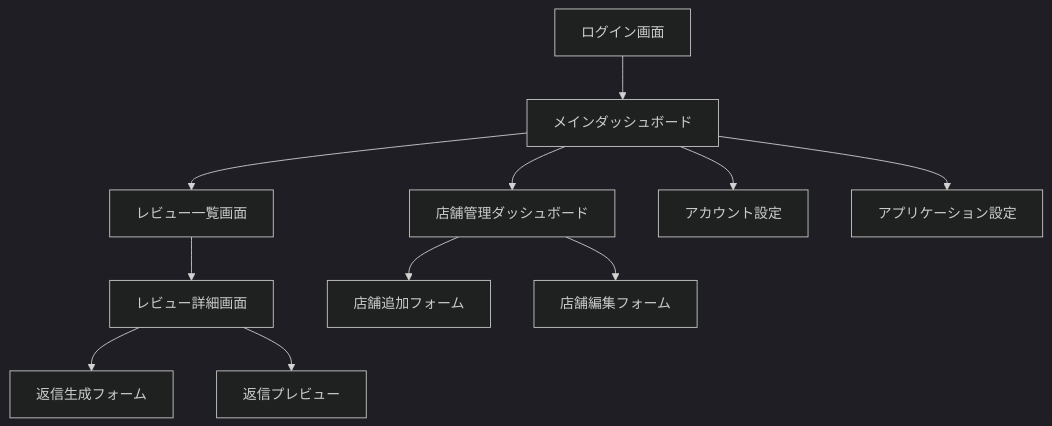
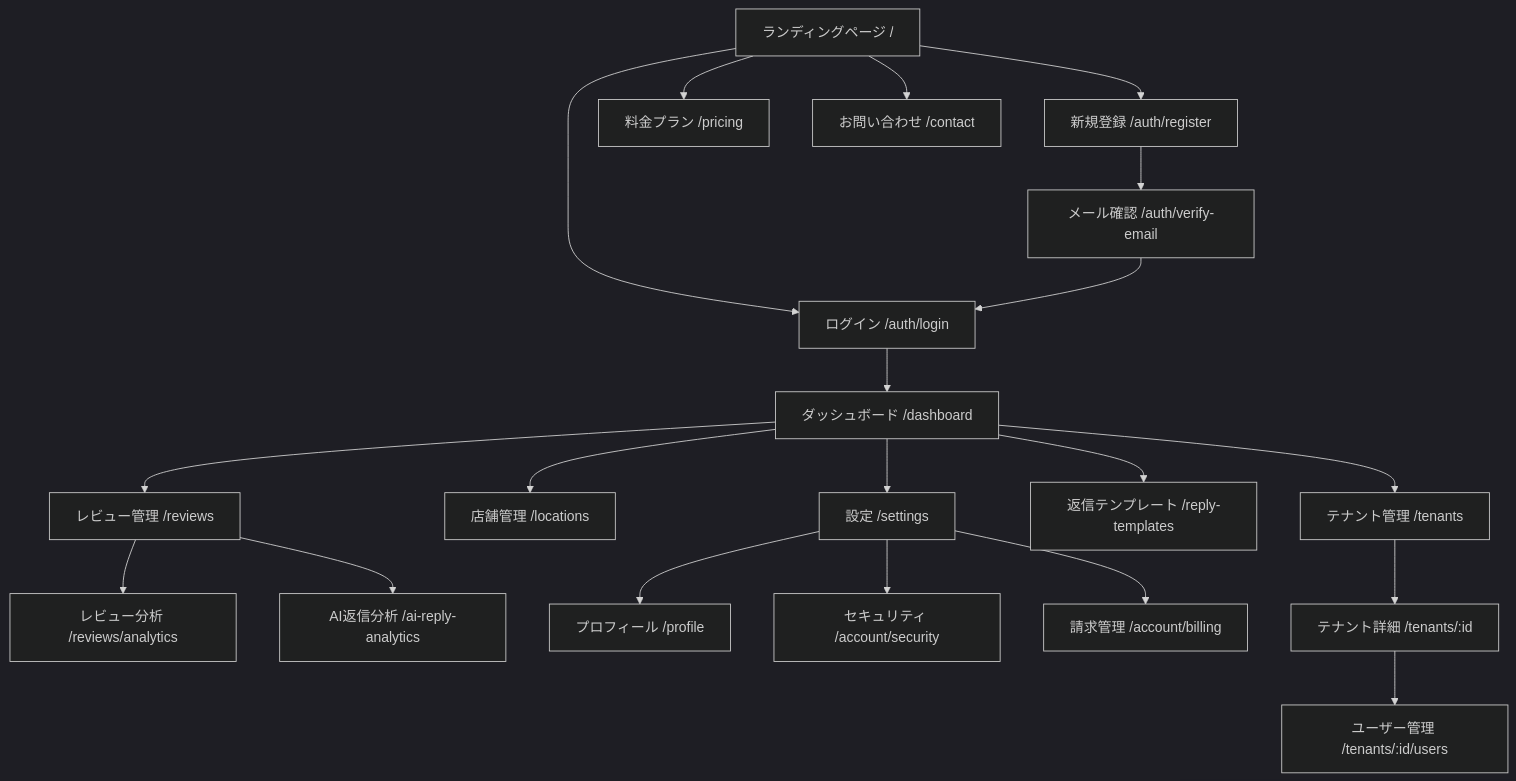
Before and after one commit to yu010101/AI_Reply: the diagram in docs/screens.md, drawn with Mermaid (dark theme). The commit also changed other lines of this file and 1832 other files, not shown here.

````diff
--- a/docs/screens.md
+++ b/docs/screens.md
@@ -63,13 +206,27 @@
 ```mermaid
 graph TD
-    A[ログイン画面] --> B[メインダッシュボード]
-    B --> C[店舗管理ダッシュボード]
-    B --> D[レビュー一覧画面]
-    D --> E[レビュー詳細画面]
-    B --> F[アカウント設定]
-    B --> G[アプリケーション設定]
-    C --> H[店舗追加フォーム]
-    C --> I[店舗編集フォーム]
-    E --> J[返信生成フォーム]
-    E --> K[返信プレビュー]
+    A[ランディングページ /] --> B[ログイン /auth/login]
+    A --> C[新規登録 /auth/register]
+    A --> D[料金プラン /pricing]
+    A --> E[お問い合わせ /contact]
+
+    B --> F[ダッシュボード /dashboard]
+    C --> G[メール確認 /auth/verify-email]
+    G --> B
+
+    F --> H[レビュー管理 /reviews]
+    F --> I[店舗管理 /locations]
+    F --> J[設定 /settings]
+    F --> K[返信テンプレート /reply-templates]
+
+    H --> L[レビュー分析 /reviews/analytics]
+    H --> M[AI返信分析 /ai-reply-analytics]
+
+    J --> N[プロフィール /profile]
+    J --> O[セキュリティ /account/security]
+    J --> P[請求管理 /account/billing]
+
+    F --> Q[テナント管理 /tenants]
+    Q --> R[テナント詳細 /tenants/:id]
+    R --> S[ユーザー管理 /tenants/:id/users]
 ```
````
